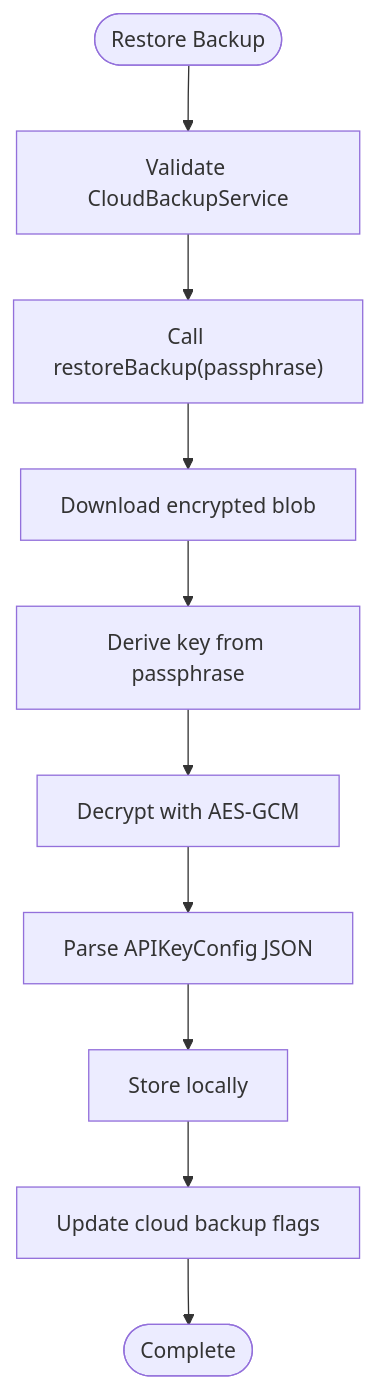
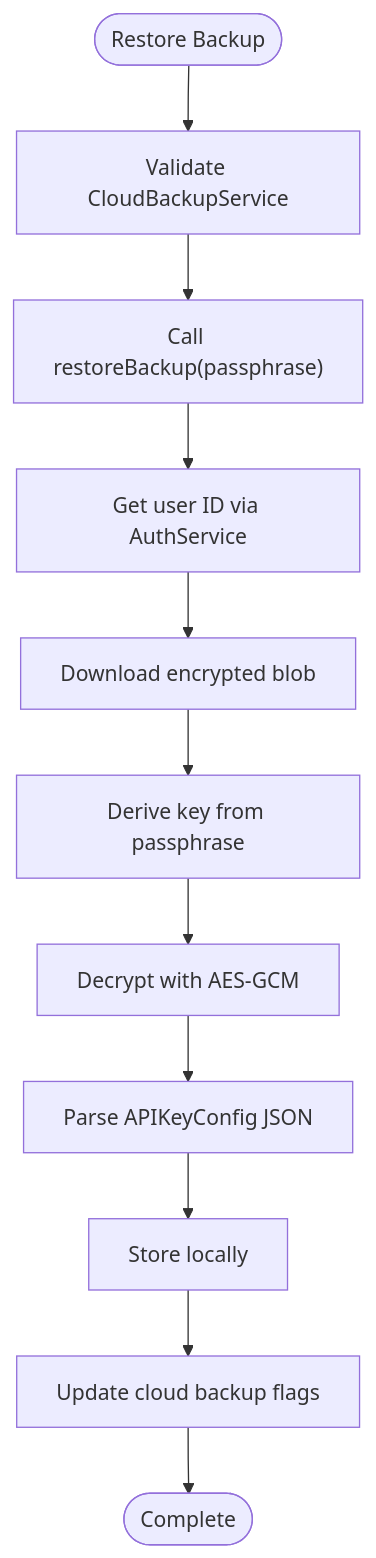
One commit to JAaron93/StyleSync changed diagram 12 of 13 in .qoder/repowiki/en/content/Core Services/BYOK Manager/Cloud Backup Integration.md. Above: the diagram before and after it, drawn with Mermaid. The commit also changed other lines of this file and 36 other files, not shown here.

````diff
--- a/.qoder/repowiki/en/content/Core Services/BYOK Manager/Cloud Backup Integration.md
+++ b/.qoder/repowiki/en/content/Core Services/BYOK Manager/Cloud Backup Integration.md
@@ -432,12 +529,13 @@
 ```mermaid
 flowchart TD
 Start([Restore Backup]) --> ValidateService["Validate CloudBackupService"]
 ValidateService --> CallRestore["Call restoreBackup(passphrase)"]
-CallRestore --> DownloadBlob["Download encrypted blob"]
+CallRestore --> GetUserId["Get user ID via AuthService"]
+GetUserId --> DownloadBlob["Download encrypted blob"]
 DownloadBlob --> DeriveKey["Derive key from passphrase"]
 DeriveKey --> DecryptData["Decrypt with AES-GCM"]
 DecryptData --> ParseJSON["Parse APIKeyConfig JSON"]
 ParseJSON --> StoreLocal["Store locally"]
 StoreLocal --> UpdateFlags["Update cloud backup flags"]
 UpdateFlags --> Complete([Complete])
 ```
````
